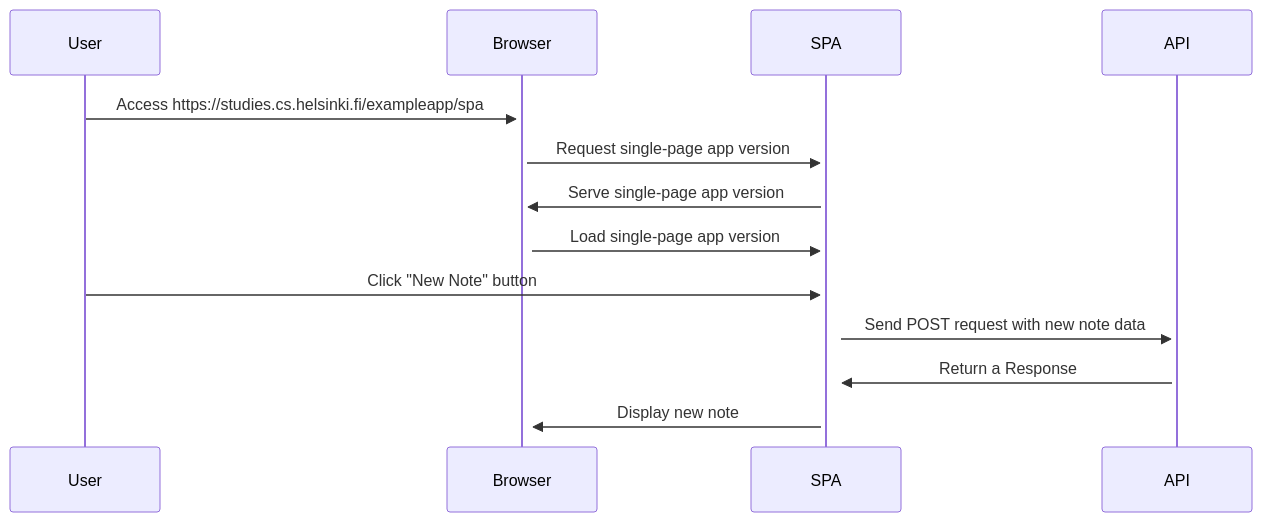
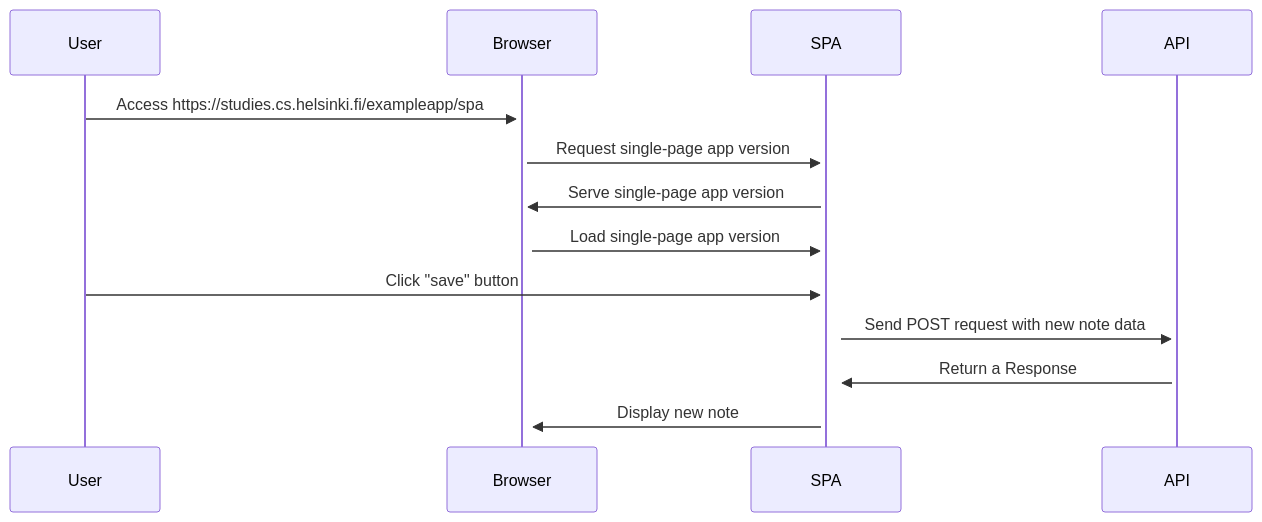
Before and after one commit to ArunaNuwantha/Full-Stack-OpenCourse: the diagram in part0/6/README.md, drawn with Mermaid.

Commit message:
updated 0.6 diagram v2

````diff
--- a/part0/6/README.md
+++ b/part0/6/README.md
@@ -1,16 +1,16 @@
 ```mermaid
 sequenceDiagram
     participant User
     participant Browser
     participant SPA
     participant API
 
     User->>+Browser: Access https://studies.cs.helsinki.fi/exampleapp/spa
     Browser->>+SPA: Request single-page app version
     SPA->>+Browser: Serve single-page app version
     Browser->>+SPA: Load single-page app version
-    User->>+SPA: Click "New Note" button
+    User->>+SPA: Click "save" button
     SPA->>+API: Send POST request with new note data
     API->>+SPA: Return a Response
     SPA->>+Browser: Display new note
 ```
````
